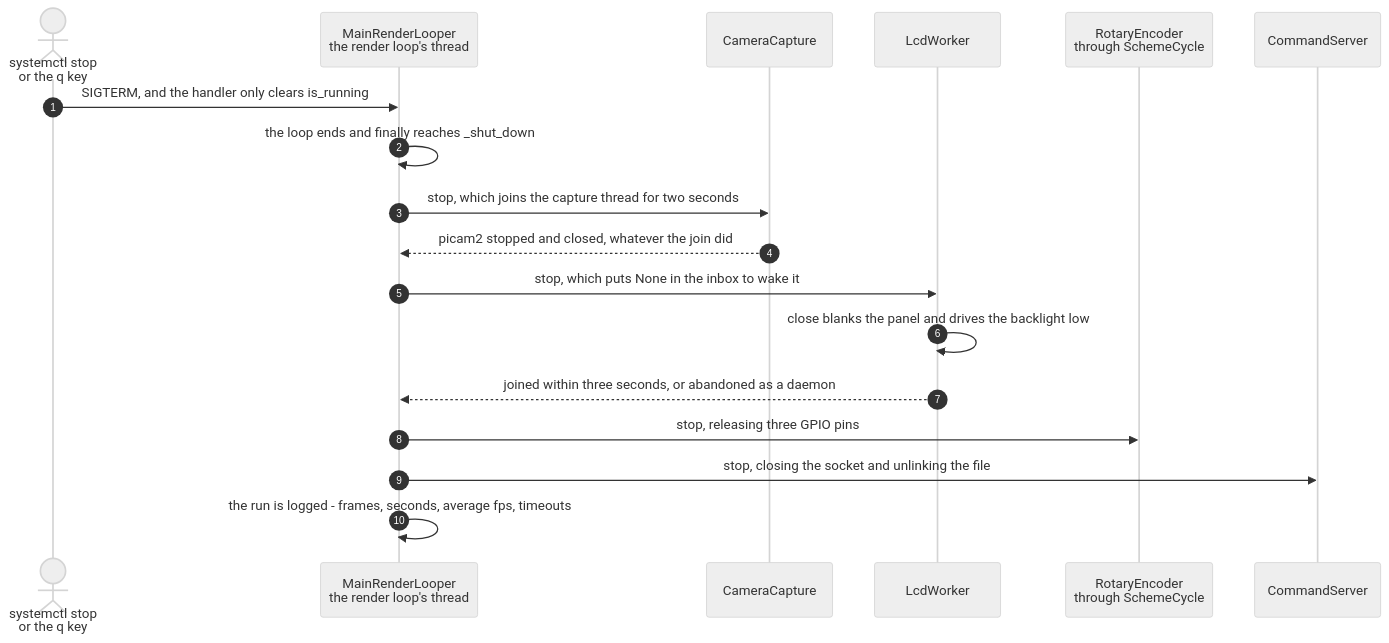
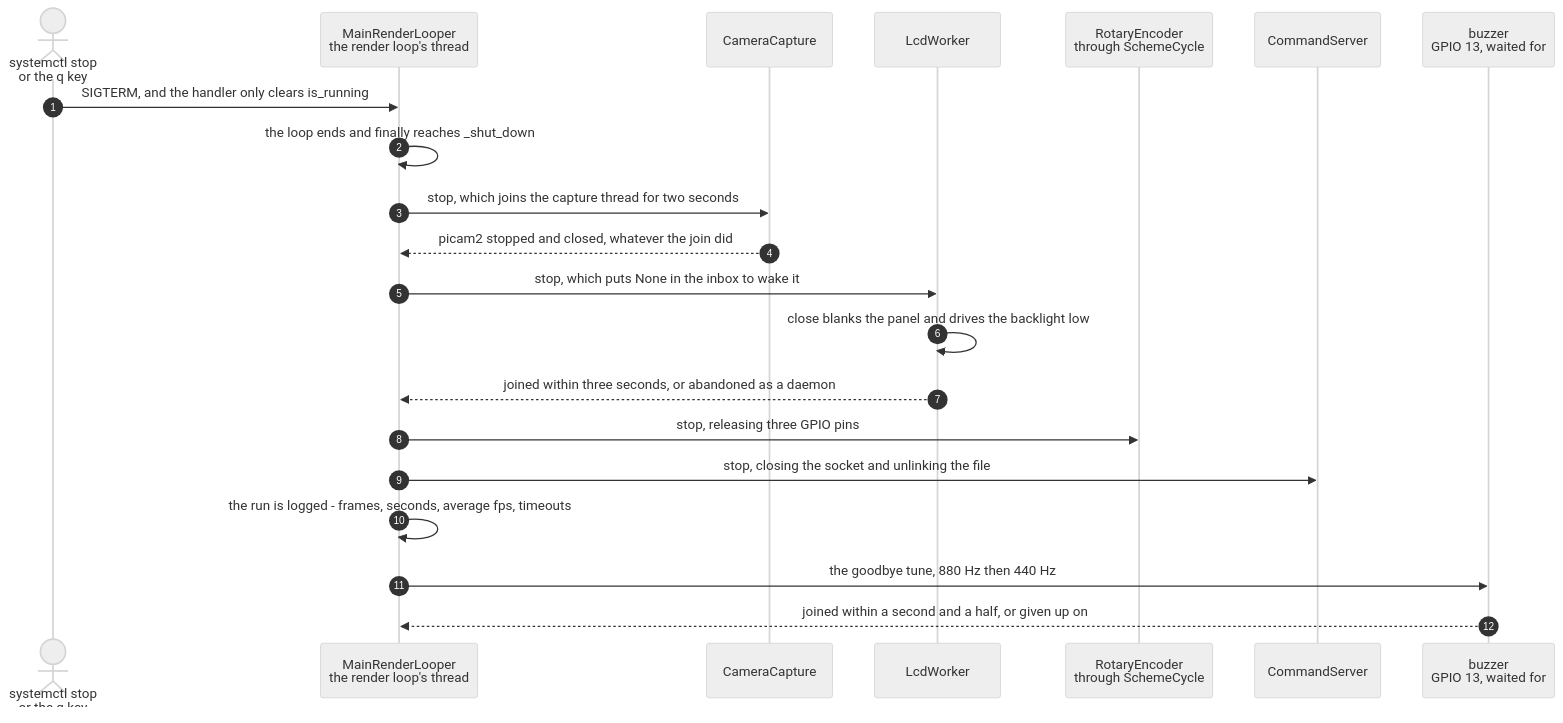
One commit to replicant1/AsciiArt-Pi changed the diagram in docs/scenarios/the-camera-panel-encoder-and-socket-are-released-on-shutdown.md. Above: the diagram before and after it, drawn with Mermaid (neutral theme). The commit also changed other lines of this file and 6 other files, not shown here.

````diff
--- a/docs/scenarios/the-camera-panel-encoder-and-socket-are-released-on-shutdown.md
+++ b/docs/scenarios/the-camera-panel-encoder-and-socket-are-released-on-shutdown.md
@@ -42,21 +43,24 @@
 ```mermaid
 sequenceDiagram
     autonumber
     actor Sig as systemctl stop<br/>or the q key
     participant App as MainRenderLooper<br/>the render loop's thread
     participant Cam as CameraCapture
     participant W as LcdWorker
     participant Enc as RotaryEncoder<br/>through SchemeCycle
     participant CS as CommandServer
+    participant Bz as buzzer<br/>GPIO 13, waited for
 
     Sig->>App: SIGTERM, and the handler only clears is_running
     App->>App: the loop ends and finally reaches _shut_down
     App->>Cam: stop, which joins the capture thread for two seconds
     Cam-->>App: picam2 stopped and closed, whatever the join did
     App->>W: stop, which puts None in the inbox to wake it
     W->>W: close blanks the panel and drives the backlight low
     W-->>App: joined within three seconds, or abandoned as a daemon
     App->>Enc: stop, releasing three GPIO pins
     App->>CS: stop, closing the socket and unlinking the file
     App->>App: the run is logged - frames, seconds, average fps, timeouts
+    App->>Bz: the goodbye tune, 880 Hz then 440 Hz
+    Bz-->>App: joined within a second and a half, or given up on
 ```
````
